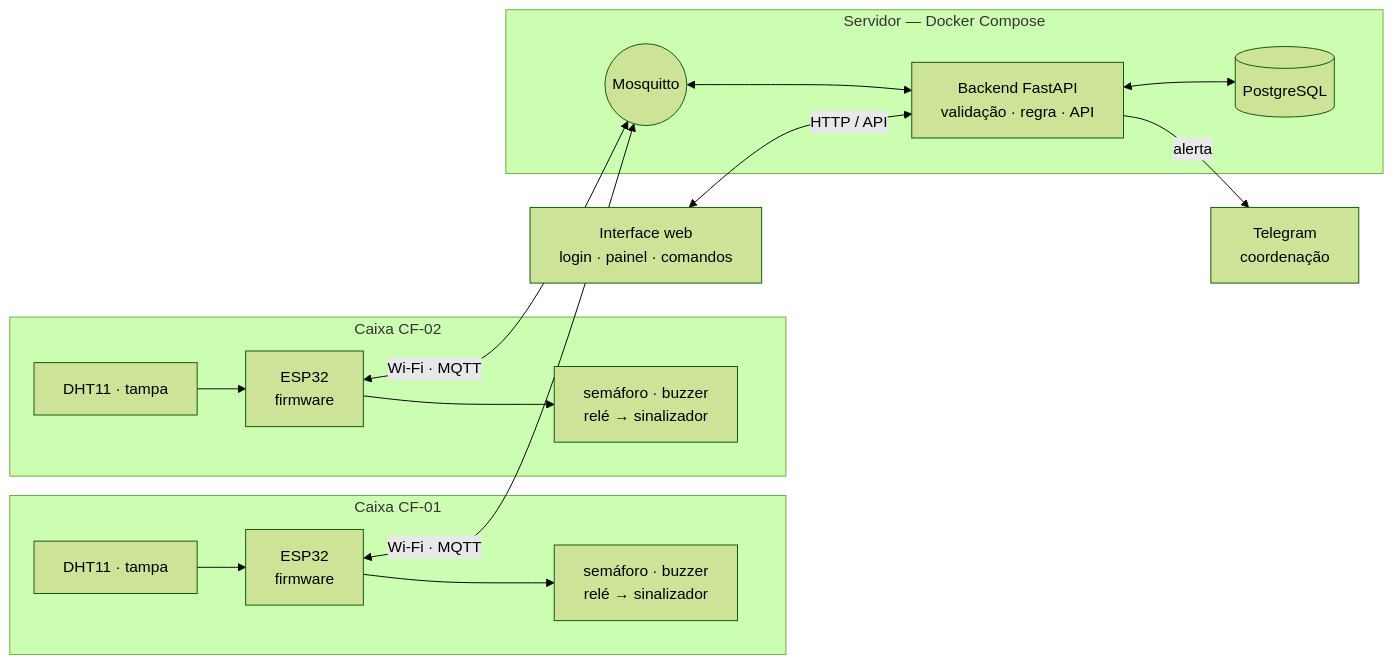
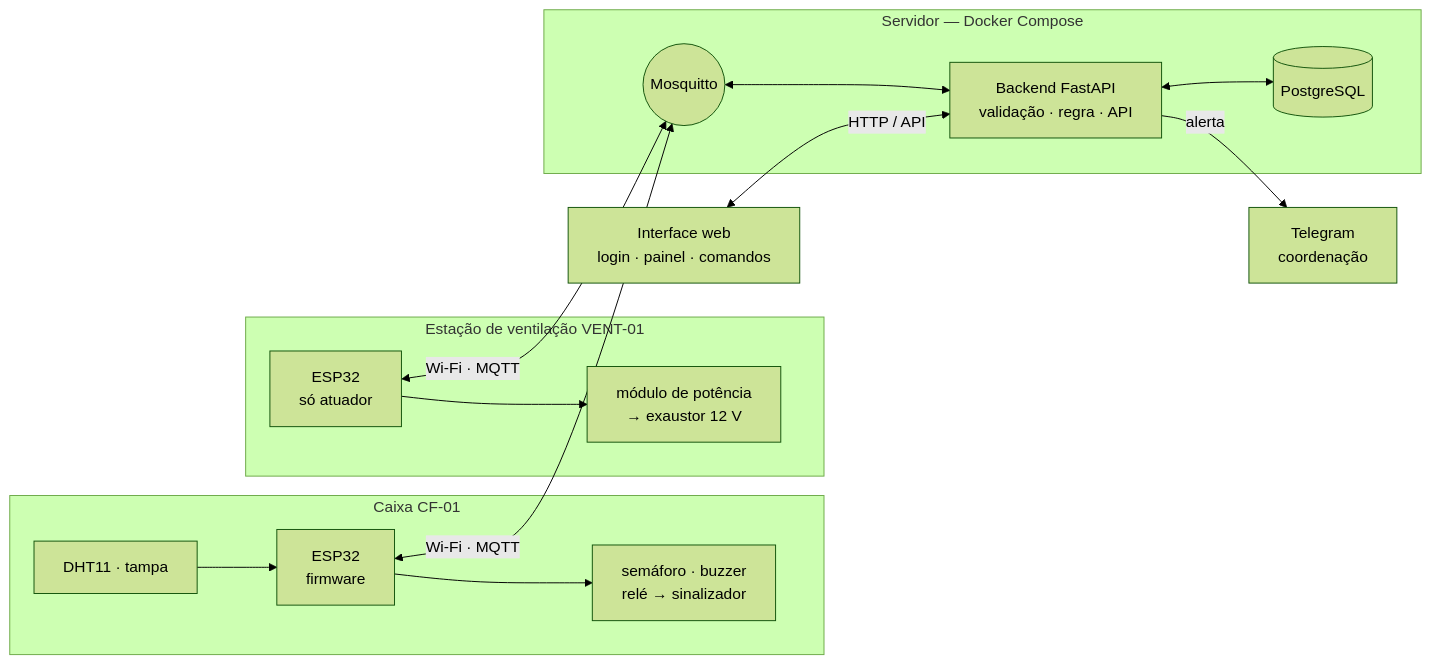
The first of 3 diagrams in docs/n3/CP12.md (VictorKunzz/sentinela-cadeia-fria), drawn with Mermaid (forest theme) before and after one commit. The commit also changed other lines of this file and 1 other file, not shown here.

Commit message:
docs: segundo dispositivo passa a ser a estacao de ventilacao VENT-01

````diff
--- a/docs/n3/CP12.md
+++ b/docs/n3/CP12.md
@@ -106,24 +107,23 @@
 ```mermaid
 flowchart LR
     subgraph C1["Caixa CF-01"]
         S1["DHT11 · tampa"] --> F1["ESP32<br/>firmware"]
         F1 --> A1["semáforo · buzzer<br/>relé → sinalizador"]
     end
-    subgraph C2["Caixa CF-02"]
-        S2["DHT11 · tampa"] --> F2["ESP32<br/>firmware"]
-        F2 --> A2["semáforo · buzzer<br/>relé → sinalizador"]
+    subgraph C2["Estação de ventilação VENT-01"]
+        F2["ESP32<br/>só atuador"] --> A2["módulo de potência<br/>→ exaustor 12 V"]
     end
 
     subgraph SRV["Servidor — Docker Compose"]
         B(("Mosquitto"))
         API["Backend FastAPI<br/>validação · regra · API"]
         DB[("PostgreSQL")]
         B <--> API
         API <--> DB
     end
 
     F1 <-->|"Wi-Fi · MQTT"| B
     F2 <-->|"Wi-Fi · MQTT"| B
     UI["Interface web<br/>login · painel · comandos"] <-->|"HTTP / API"| API
     API -->|"alerta"| TG["Telegram<br/>coordenação"]
 ```
````
